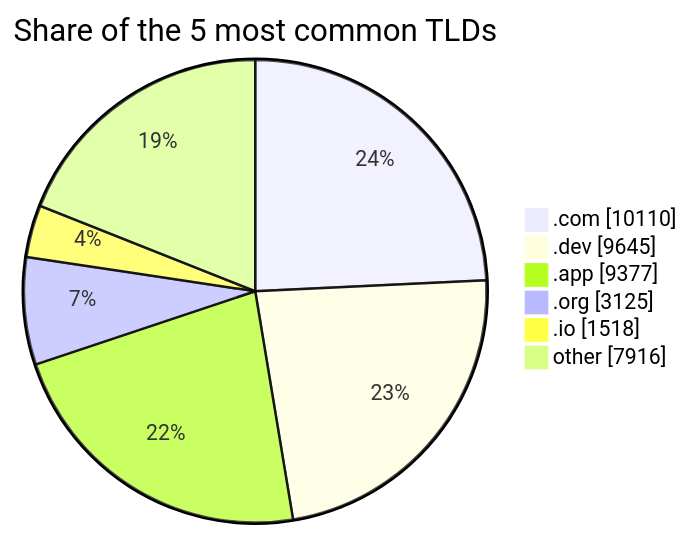
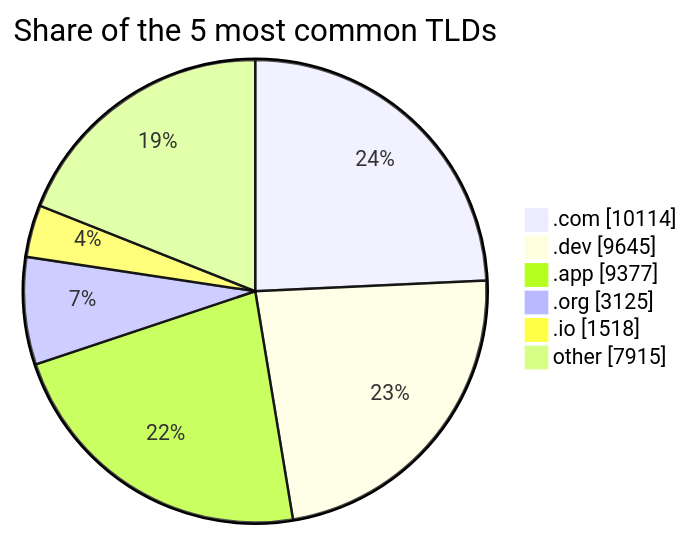
Before and after one commit to DNSBunker/CTI: the third of 3 diagrams in README.md, drawn with Mermaid. The commit also changed other lines of this file and 3 other files, not shown here.

````diff
--- a/README.md
+++ b/README.md
@@ -81,9 +81,9 @@
 ```mermaid
 pie showData title Share of the 5 most common TLDs
-    ".com" : 10110
+    ".com" : 10114
     ".dev" : 9645
     ".app" : 9377
     ".org" : 3125
     ".io" : 1518
-    "other" : 7916
+    "other" : 7915
 ```
````
